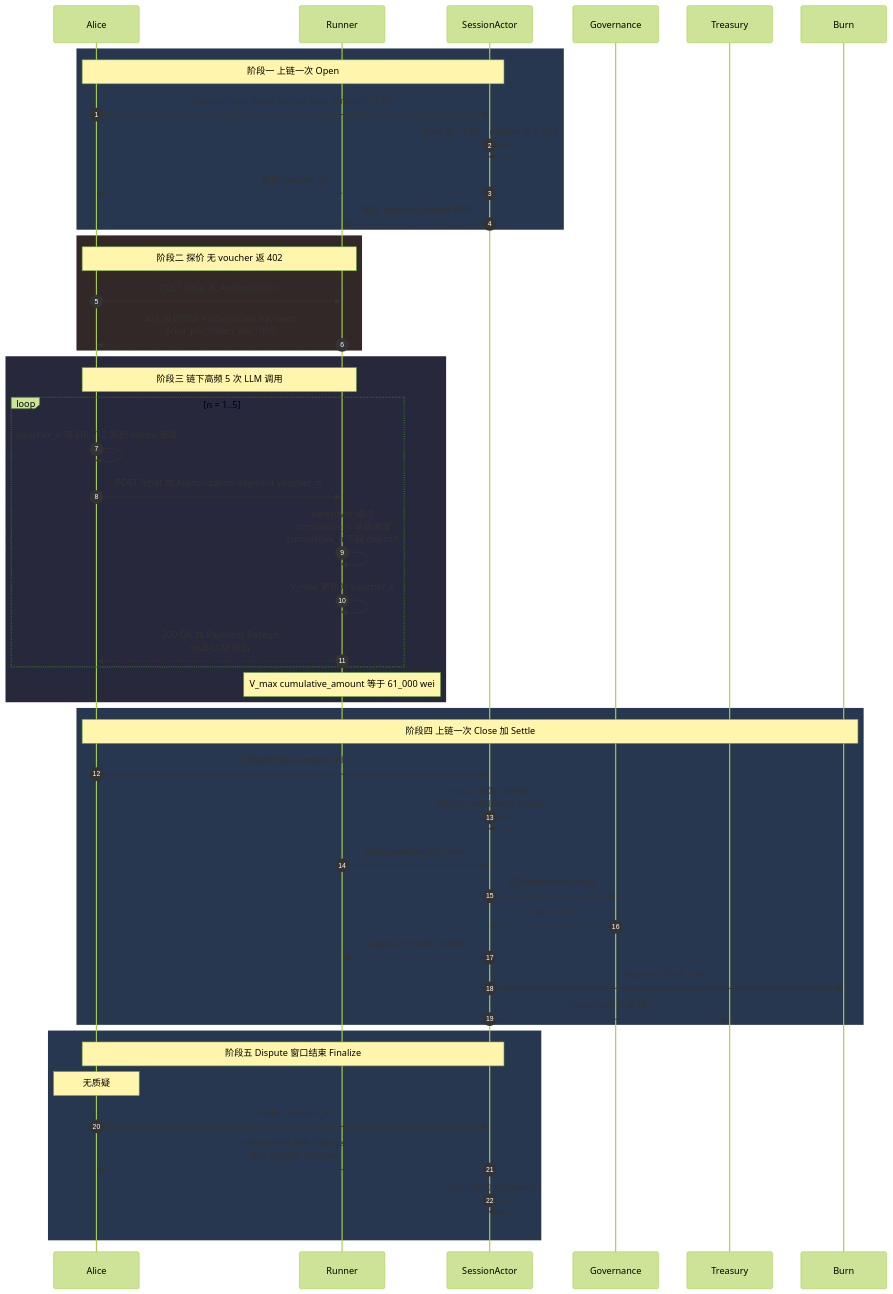
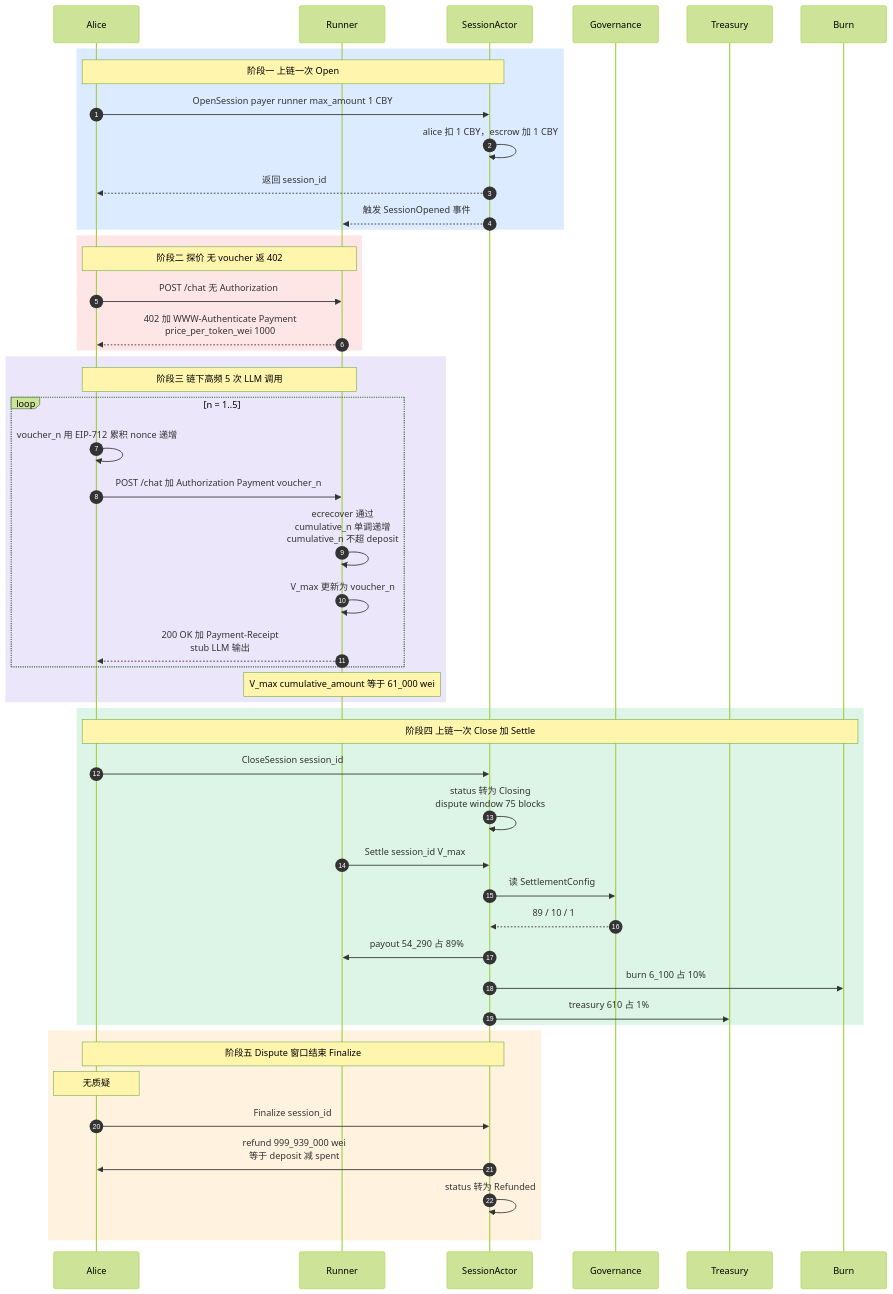
Before and after one commit to shawhanken/refs: the seventh of 11 diagrams in runner/2026-04-28_MPP_Session_Research.md, drawn with Mermaid (forest theme). The commit also changed other lines of this file, not shown here.

First line of the commit message:
docs: update flowchart and sequence diagram colors for improved clarity

````diff
--- a/runner/2026-04-28_MPP_Session_Research.md
+++ b/runner/2026-04-28_MPP_Session_Research.md
@@ -491,56 +491,56 @@
 ```mermaid
 sequenceDiagram
     autonumber
     participant A as Alice
     participant R as Runner
     participant SA as SessionActor
     participant GOV as Governance
     participant T as Treasury
     participant B as Burn
 
-    rect rgb(40,55,80)
+    rect rgb(220,235,255)
     Note over A,SA: 阶段一 上链一次 Open
     A->>SA: OpenSession payer runner max_amount 1 CBY
     SA->>SA: alice 扣 1 CBY，escrow 加 1 CBY
     SA-->>A: 返回 session_id
     SA-->>R: 触发 SessionOpened 事件
     end
 
-    rect rgb(50,40,40)
+    rect rgb(255,230,230)
     Note over A,R: 阶段二 探价 无 voucher 返 402
     A->>R: POST /chat 无 Authorization
     R-->>A: 402 加 WWW-Authenticate Payment<br/>price_per_token_wei 1000
     end
 
-    rect rgb(40,40,60)
+    rect rgb(235,230,250)
     Note over A,R: 阶段三 链下高频 5 次 LLM 调用
     loop n = 1..5
         A->>A: voucher_n 用 EIP-712 累积 nonce 递增
         A->>R: POST /chat 加 Authorization Payment voucher_n
         R->>R: ecrecover 通过<br/>cumulative_n 单调递增<br/>cumulative_n 不超 deposit
         R->>R: V_max 更新为 voucher_n
         R-->>A: 200 OK 加 Payment-Receipt<br/>stub LLM 输出
     end
     Note over R: V_max cumulative_amount 等于 61_000 wei
     end
 
-    rect rgb(40,55,80)
+    rect rgb(220,245,230)
     Note over A,B: 阶段四 上链一次 Close 加 Settle
     A->>SA: CloseSession session_id
     SA->>SA: status 转为 Closing<br/>dispute window 75 blocks
     R->>SA: Settle session_id V_max
     SA->>GOV: 读 SettlementConfig
     GOV-->>SA: 89 / 10 / 1
     SA->>R: payout 54_290 占 89%
     SA->>B: burn 6_100 占 10%
     SA->>T: treasury 610 占 1%
     end
 
-    rect rgb(40,55,80)
+    rect rgb(255,243,224)
     Note over A,SA: 阶段五 Dispute 窗口结束 Finalize
     Note over A: 无质疑
     A->>SA: Finalize session_id
     SA->>A: refund 999_939_000 wei<br/>等于 deposit 减 spent
     SA->>SA: status 转为 Refunded
     end
 ```
````
